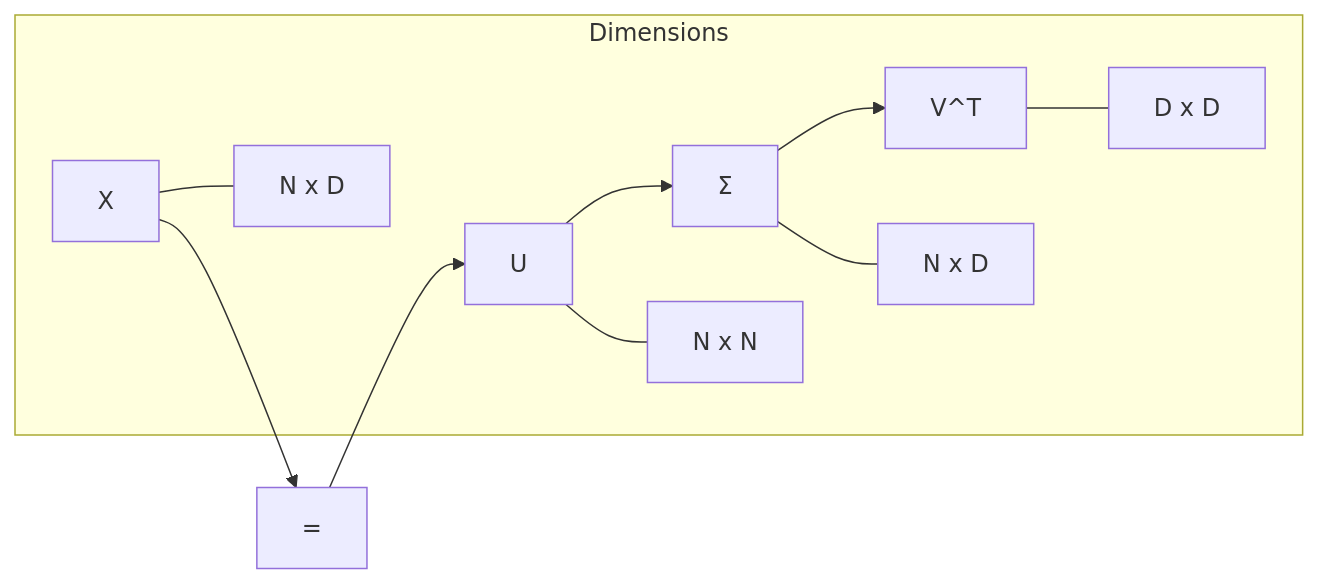
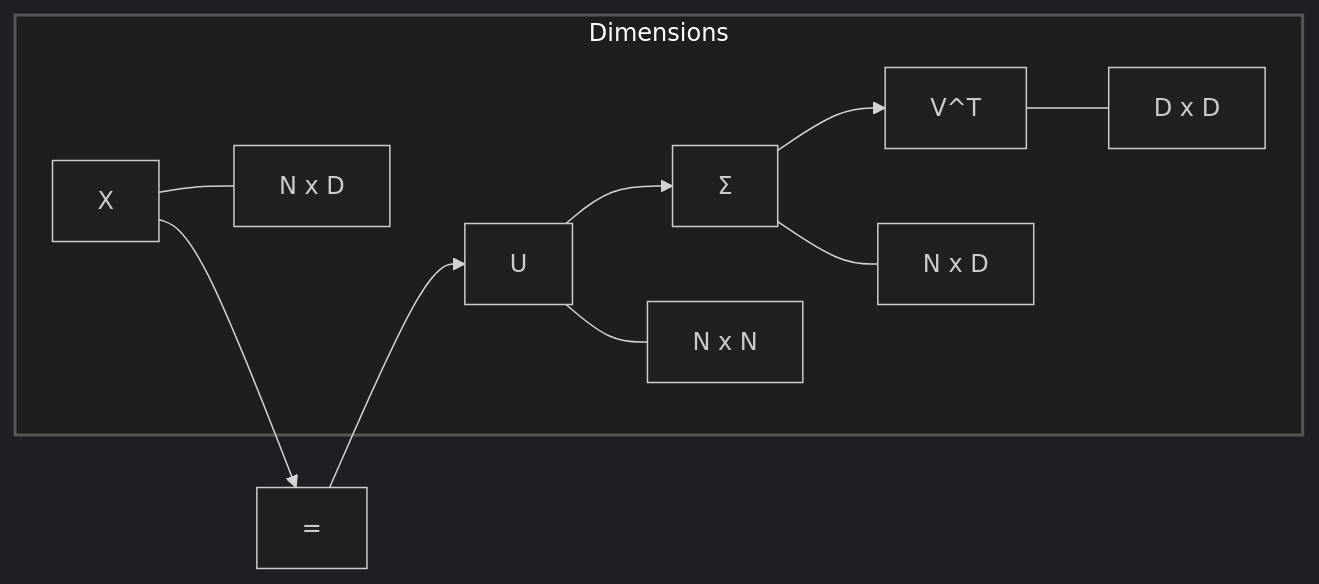
One commit to ECLIPSE-Lab/public_presentations changed the diagram in mathematical_foundations_of_ai_and_ml/02_linear_algebra_pca_svd/01_intro.qmd. Above: the diagram before and after it, drawn with Mermaid. The commit also changed other lines of this file and 9 other files, not shown here.

````diff
--- a/mathematical_foundations_of_ai_and_ml/02_linear_algebra_pca_svd/01_intro.qmd
+++ b/mathematical_foundations_of_ai_and_ml/02_linear_algebra_pca_svd/01_intro.qmd
@@ -528,16 +602,19 @@
 ```{mermaid}
 %%| echo: false
 %%| fig-align: center
+%%{init: {'theme': 'dark', 'themeVariables': { 'darkMode': true, 'background': 'transparent' }}}%%
 graph LR
     X["X"] --> Eq["="]
     Eq["="] --> U["U"]
     U["U"] --> Sigma["Σ"]
     Sigma["Σ"] --> VT["V^T"]
     
     subgraph Dimensions
     X---D1["N x D"]
     U---D2["N x N"]
     Sigma---D3["N x D"]
     VT---D4["D x D"]
     end
+    
+    style Dimensions fill:#1e1e1e,stroke:#555,stroke-width:2px,color:#fff
 ```
````
